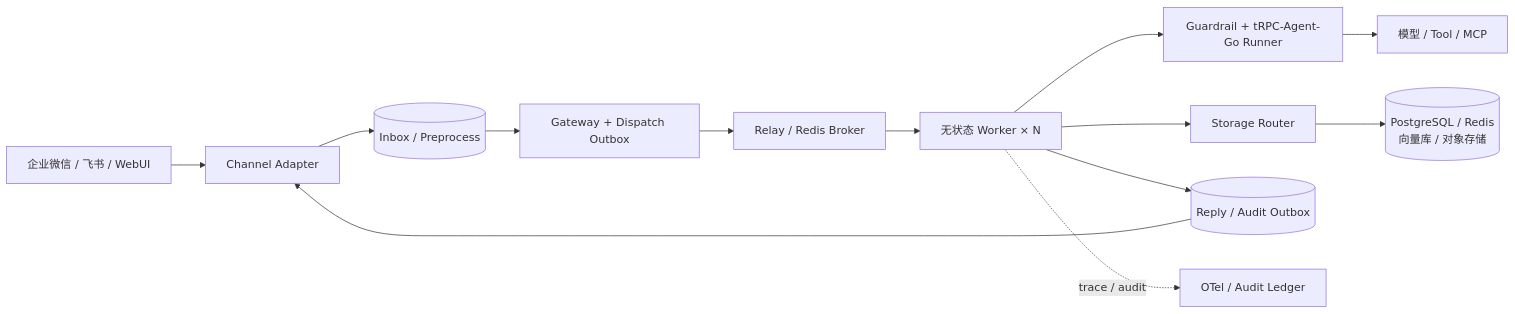
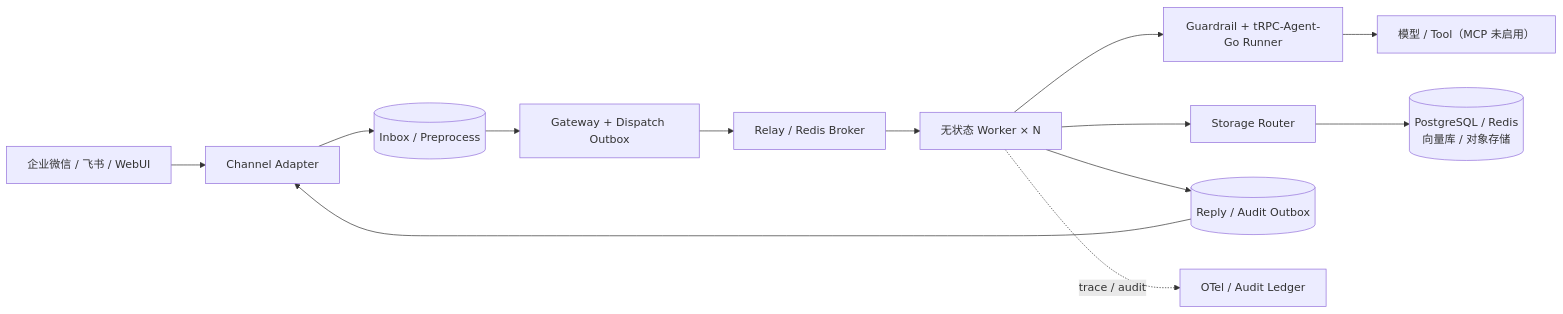
One commit to everfid-ever/trpc-agent-service changed the first of 2 diagrams in docs/architecture-delivery.md. Above: the diagram before and after it, drawn with Mermaid. The commit also changed other lines of this file and 8 other files, not shown here.

````diff
--- a/docs/architecture-delivery.md
+++ b/docs/architecture-delivery.md
@@ -9,15 +9,15 @@
 ```mermaid
 flowchart LR
   IM["企业微信 / 飞书 / WebUI"] --> CA["Channel Adapter"]
   CA --> IN[("Inbox / Preprocess")]
   IN --> GW["Gateway + Dispatch Outbox"]
   GW --> R["Relay / Redis Broker"]
   R --> W["无状态 Worker × N"]
   W --> RUN["Guardrail + tRPC-Agent-Go Runner"]
-  RUN --> M["模型 / Tool / MCP"]
+  RUN --> M["模型 / Tool（MCP 未启用）"]
   W --> S["Storage Router"]
   S --> D[("PostgreSQL / Redis\n向量库 / 对象存储")]
   W --> RO[("Reply / Audit Outbox")]
   RO --> CA
   W -. trace / audit .-> T["OTel / Audit Ledger"]
 ```
````
